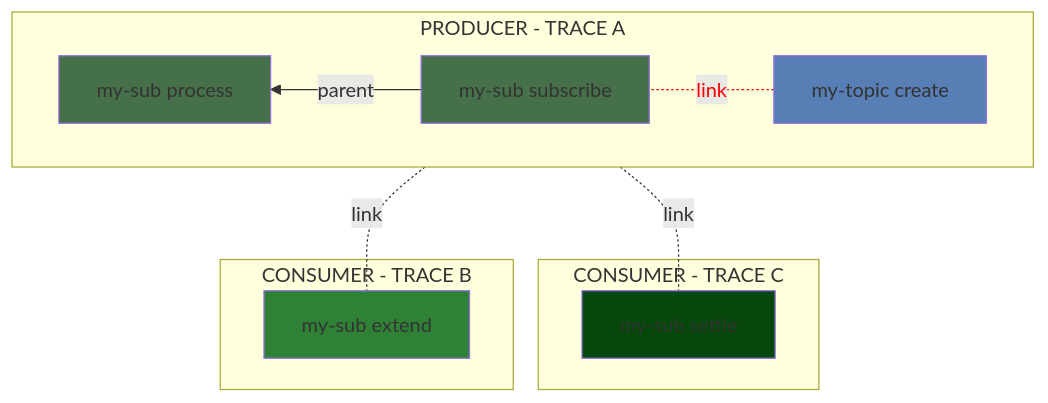
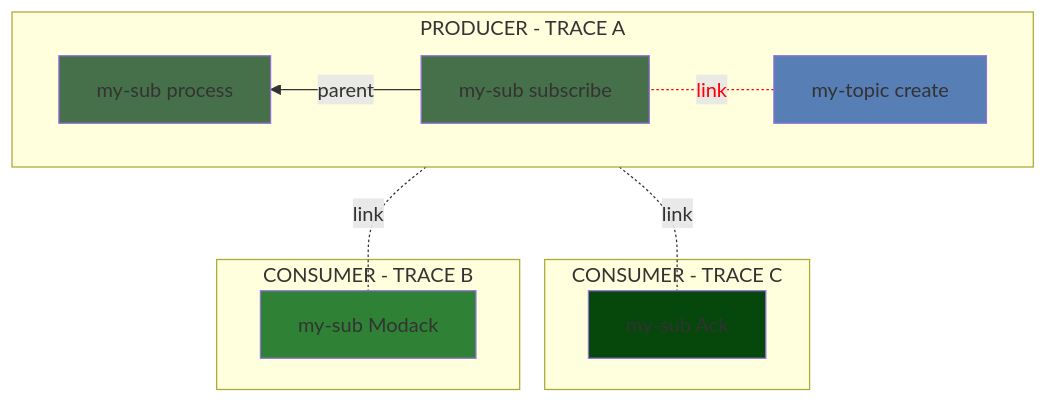
One commit to alevenberg/semantic-conventions changed diagram 21 of 29 in docs/messaging/gcp-pubsub.md. Above: the diagram before and after it, drawn with Mermaid. The commit also changed other lines of this file, not shown here.

Commit message:
wip, change to ack/modack

````diff
--- a/docs/messaging/gcp-pubsub.md
+++ b/docs/messaging/gcp-pubsub.md
@@ -983,39 +983,39 @@
 ```mermaid
 flowchart TD;
   subgraph CONSUMER - TRACE C  
- SETTLE[my-sub settle]
+ Ack[my-sub Ack]
   end
   subgraph CONSUMER - TRACE B
- EXTEND[my-sub extend]
+ Modack[my-sub Modack]
   end
   subgraph PRODUCER - TRACE A
    direction RL
  C[my-topic create]
    S[my-sub subscribe]
 D[my-sub process]
 
     C-. link .-S;
   S--parent-->D;
     %% link 9
   end
 
- S-. link .-EXTEND;
- S-. link .-SETTLE;
+ S-. link .-Modack;
+ S-. link .-Ack;
 
    classDef consumer fill:#467049
   class S,MQ,LM,BS,CC,D consumer
   %%linkStyle 0,1 color:#467049,stroke:#467049
 
-  classDef extend fill:#2f8235
-  class EXTEND extend
+  classDef Modack fill:#2f8235
+  class Modack Modack
   %%linkStyle 2 color:#2f8235,stroke:#2f8235
-     classDef settle fill:#06470b
-  class SETTLE settle
+     classDef Ack fill:#06470b
+  class Ack Ack
   %%linkStyle 3 color:#06470b,stroke:#06470b
   linkStyle 0 color:red,stroke:red
 
   classDef producer fill:#577eb5
   class C producer
 
 
 ```
````
